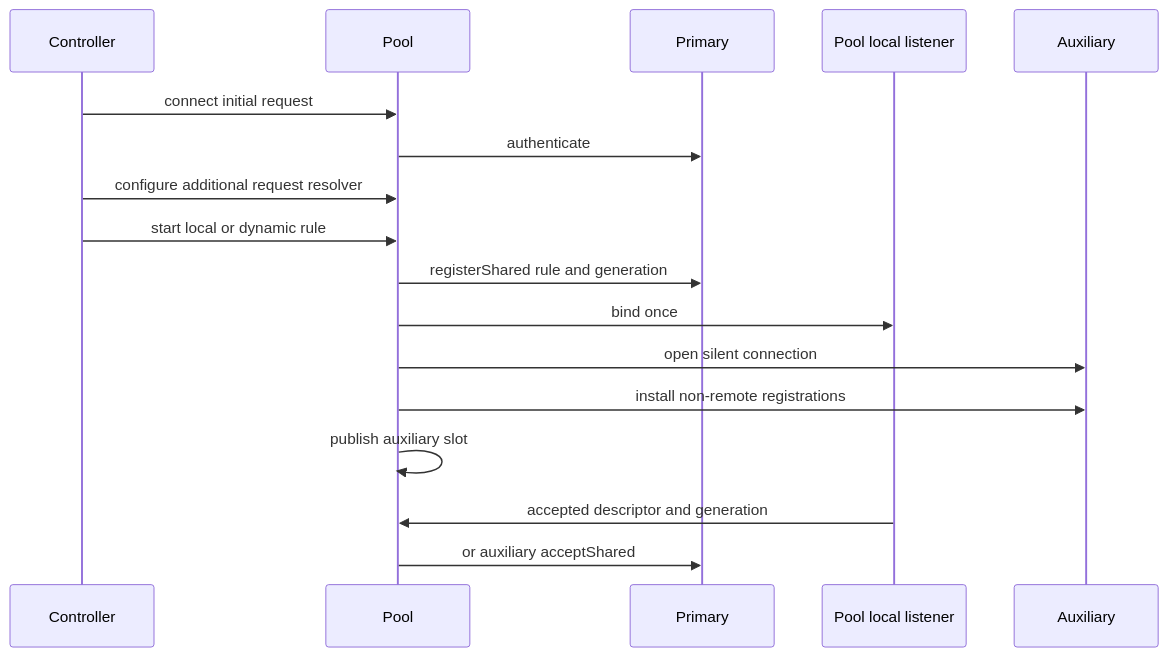
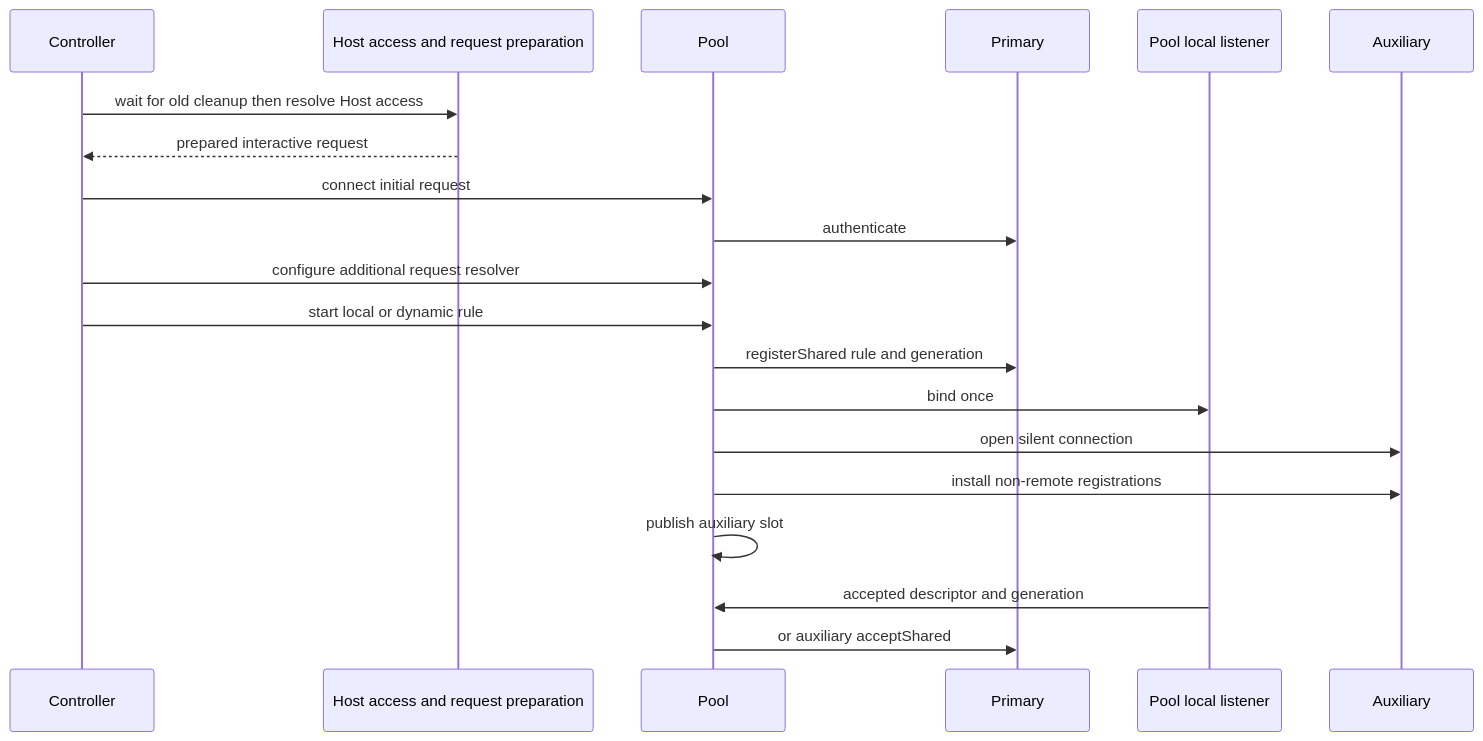
The second of 4 diagrams in openwiki/workflows/port-forwarding-pool-and-dispatch.md (AkinoKaede/Termind), drawn with Mermaid before and after one commit. The commit also changed other lines of this file and 67 other files, not shown here.

````diff
--- a/openwiki/workflows/port-forwarding-pool-and-dispatch.md
+++ b/openwiki/workflows/port-forwarding-pool-and-dispatch.md
@@ -77,19 +100,22 @@
 ```mermaid
 sequenceDiagram
     participant Controller
+    participant Access as Host access and request preparation
     participant Pool
     participant Primary
     participant Listener as Pool local listener
     participant Auxiliary
+    Controller->>Access: wait for old cleanup then resolve Host access
+    Access-->>Controller: prepared interactive request
     Controller->>Pool: connect initial request
     Pool->>Primary: authenticate
     Controller->>Pool: configure additional request resolver
     Controller->>Pool: start local or dynamic rule
     Pool->>Primary: registerShared rule and generation
     Pool->>Listener: bind once
     Pool->>Auxiliary: open silent connection
     Pool->>Auxiliary: install non-remote registrations
     Pool->>Pool: publish auxiliary slot
     Listener->>Pool: accepted descriptor and generation
     Pool->>Primary: or auxiliary acceptShared
 ```
````
